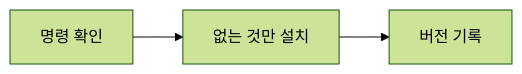
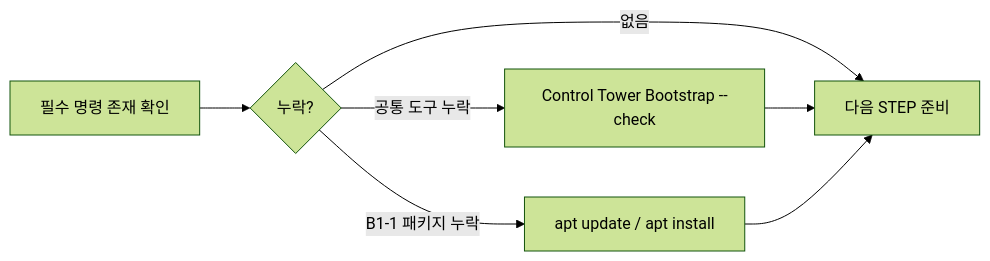
One commit to MetaStudy999/codyssey-basic-b1-1-system-monitor changed the second of 12 diagrams in training/round-01-clear/BEGINNER-GUIDE.md. Above: the diagram before and after it, drawn with Mermaid (forest theme). The commit also changed other lines of this file, not shown here.

Commit message:
docs: explain B1-1 STEP 02 commands line by line

````diff
--- a/training/round-01-clear/BEGINNER-GUIDE.md
+++ b/training/round-01-clear/BEGINNER-GUIDE.md
@@ -400,4 +403,9 @@
 ```mermaid
 flowchart LR
-    A[명령 확인] --> B[없는 것만 설치] --> C[버전 기록]
+    A[필수 명령 존재 확인] --> B{누락?}
+    B -->|공통 도구 누락| C[Control Tower Bootstrap --check]
+    B -->|B1-1 패키지 누락| D[apt update / apt install]
+    B -->|없음| E[다음 STEP 준비]
+    C --> E
+    D --> E
 ```
````
